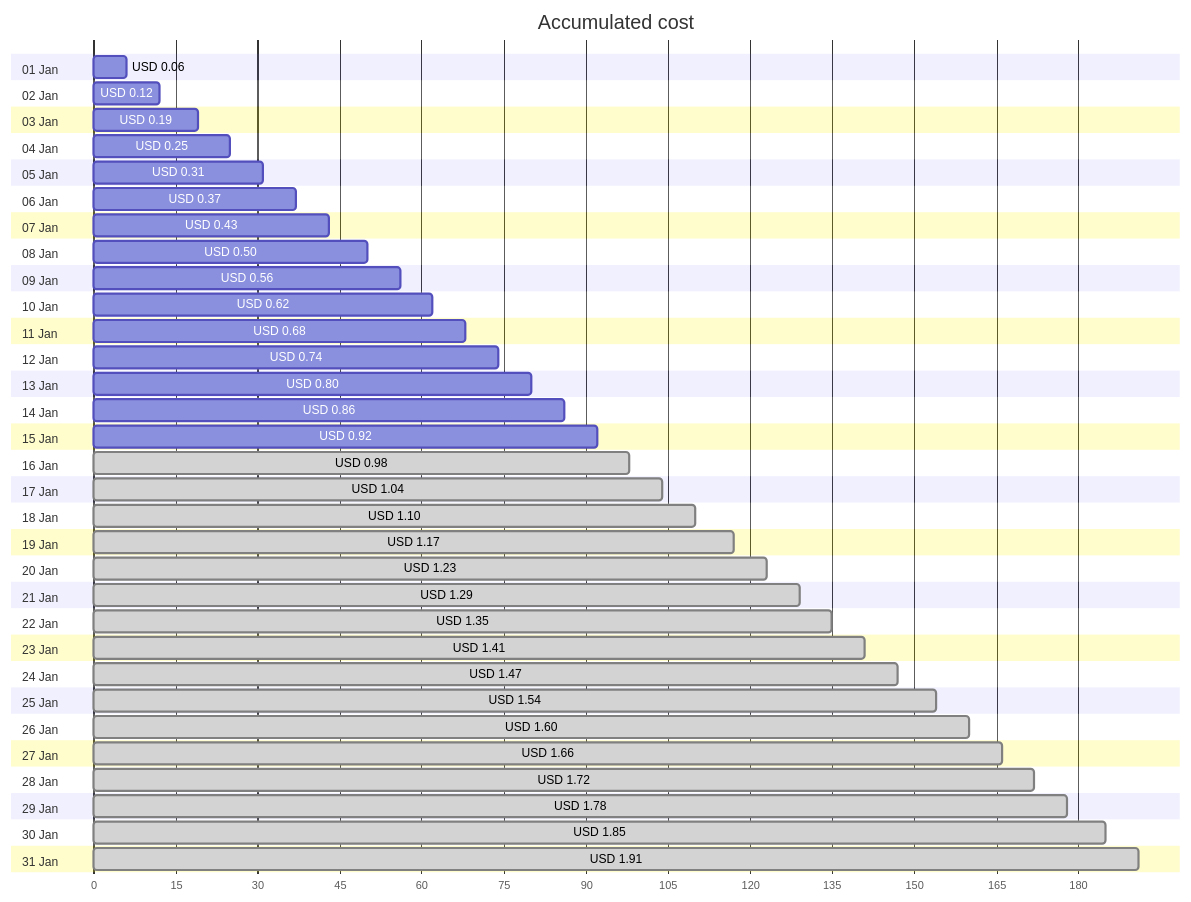
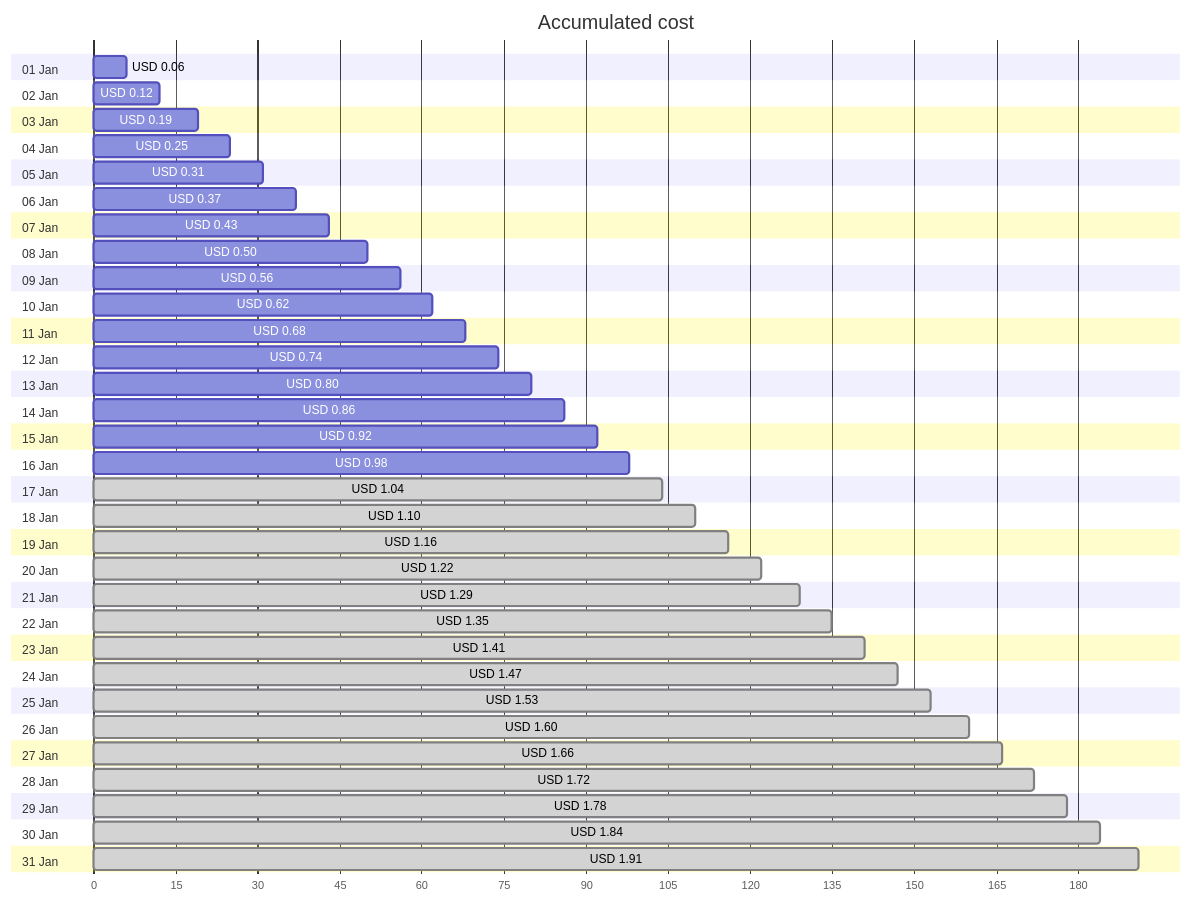
One commit to jpfulton/azure-personal-reports changed the first of 4 diagrams in cost-reports/personal-network/backup-server_OsDisk.md. Above: the diagram before and after it, drawn with Mermaid. The commit also changed other lines of this file and 8 other files, not shown here.

````diff
--- a/cost-reports/personal-network/backup-server_OsDisk.md
+++ b/cost-reports/personal-network/backup-server_OsDisk.md
@@ -20,68 +20,68 @@
 ```mermaid
 gantt
    title Accumulated cost
    dateFormat  X
    axisFormat %s
    section 01 Jan
    USD 0.06 :0, 6
    section 02 Jan
    USD 0.12 :0, 12
    section 03 Jan
    USD 0.19 :0, 19
    section 04 Jan
    USD 0.25 :0, 25
    section 05 Jan
    USD 0.31 :0, 31
    section 06 Jan
    USD 0.37 :0, 37
    section 07 Jan
    USD 0.43 :0, 43
    section 08 Jan
    USD 0.50 :0, 50
    section 09 Jan
    USD 0.56 :0, 56
    section 10 Jan
    USD 0.62 :0, 62
    section 11 Jan
    USD 0.68 :0, 68
    section 12 Jan
    USD 0.74 :0, 74
    section 13 Jan
    USD 0.80 :0, 80
    section 14 Jan
    USD 0.86 :0, 86
    section 15 Jan
    USD 0.92 :0, 92
    section 16 Jan
-   USD 0.98 : done, 0, 98
+   USD 0.98 :0, 98
    section 17 Jan
    USD 1.04 : done, 0, 104
    section 18 Jan
    USD 1.10 : done, 0, 110
    section 19 Jan
-   USD 1.17 : done, 0, 117
+   USD 1.16 : done, 0, 116
    section 20 Jan
-   USD 1.23 : done, 0, 123
+   USD 1.22 : done, 0, 122
    section 21 Jan
    USD 1.29 : done, 0, 129
    section 22 Jan
    USD 1.35 : done, 0, 135
    section 23 Jan
    USD 1.41 : done, 0, 141
    section 24 Jan
    USD 1.47 : done, 0, 147
    section 25 Jan
-   USD 1.54 : done, 0, 154
+   USD 1.53 : done, 0, 153
    section 26 Jan
    USD 1.60 : done, 0, 160
    section 27 Jan
    USD 1.66 : done, 0, 166
    section 28 Jan
    USD 1.72 : done, 0, 172
    section 29 Jan
    USD 1.78 : done, 0, 178
    section 30 Jan
-   USD 1.85 : done, 0, 185
+   USD 1.84 : done, 0, 184
    section 31 Jan
    USD 1.91 : done, 0, 191
 ```
````
